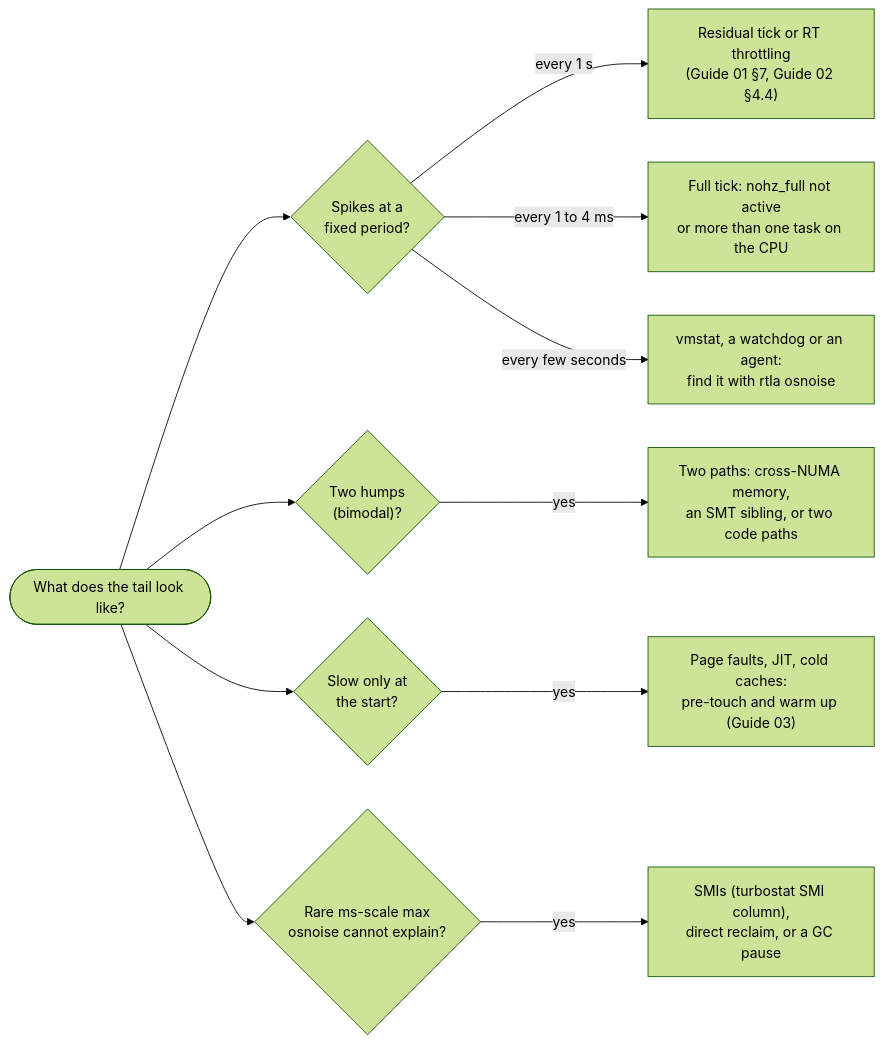
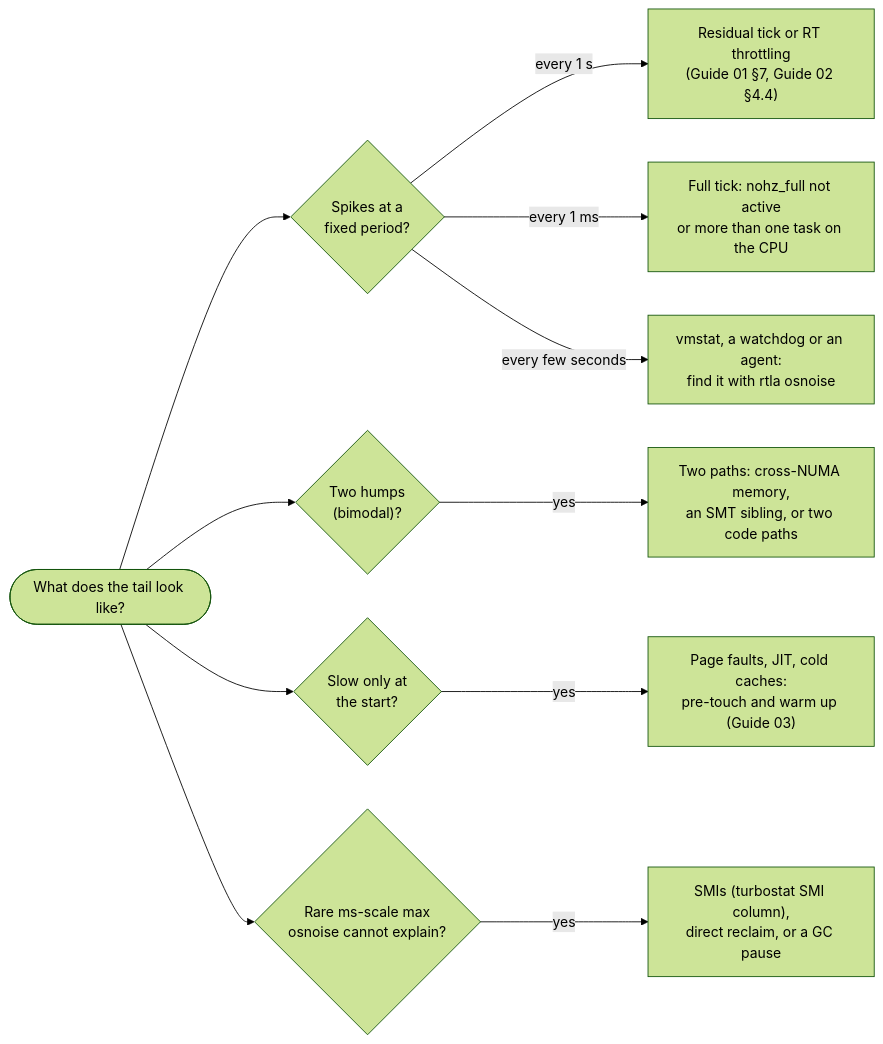
Before and after one commit to vitor-tadashi/mechanical-sympathy: the third of 4 diagrams in guides/09-measuring-latency.md, drawn with Mermaid (forest theme). The commit also changed other lines of this file and 12 other files, not shown here.

````diff
--- a/guides/09-measuring-latency.md
+++ b/guides/09-measuring-latency.md
@@ -192,13 +201,13 @@
 ```mermaid
 flowchart LR
   s(["What does the tail look like?"]) --> p1{"Spikes at a<br/>fixed period?"}
   p1 -- "every 1 s" --> c1["Residual tick or RT throttling<br/>(Guide 01 §7, Guide 02 §4.4)"]
-  p1 -- "every 1 to 4 ms" --> c2["Full tick: nohz_full not active<br/>or more than one task on the CPU"]
+  p1 -- "every 1 ms" --> c2["Full tick: nohz_full not active<br/>or more than one task on the CPU"]
   p1 -- "every few seconds" --> c3["vmstat, a watchdog or an agent:<br/>find it with rtla osnoise"]
   s --> p2{"Two humps<br/>(bimodal)?"}
   p2 -- yes --> c4["Two paths: cross-NUMA memory,<br/>an SMT sibling, or two code paths"]
   s --> p3{"Slow only at<br/>the start?"}
   p3 -- yes --> c5["Page faults, JIT, cold caches:<br/>pre-touch and warm up (Guide 03)"]
   s --> p4{"Rare ms-scale max<br/>osnoise cannot explain?"}
   p4 -- yes --> c6["SMIs (turbostat SMI column),<br/>direct reclaim, or a GC pause"]
 ```
````
